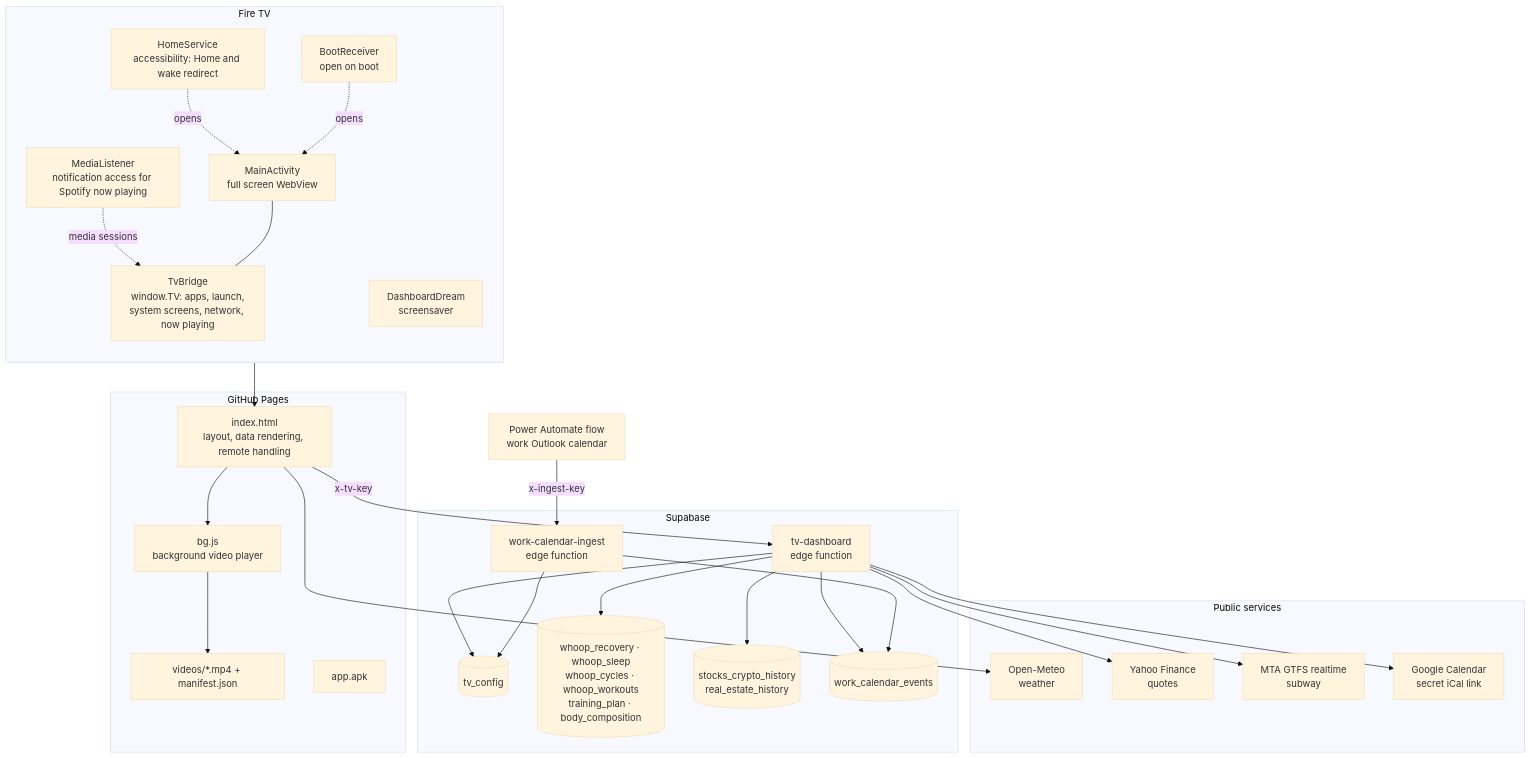
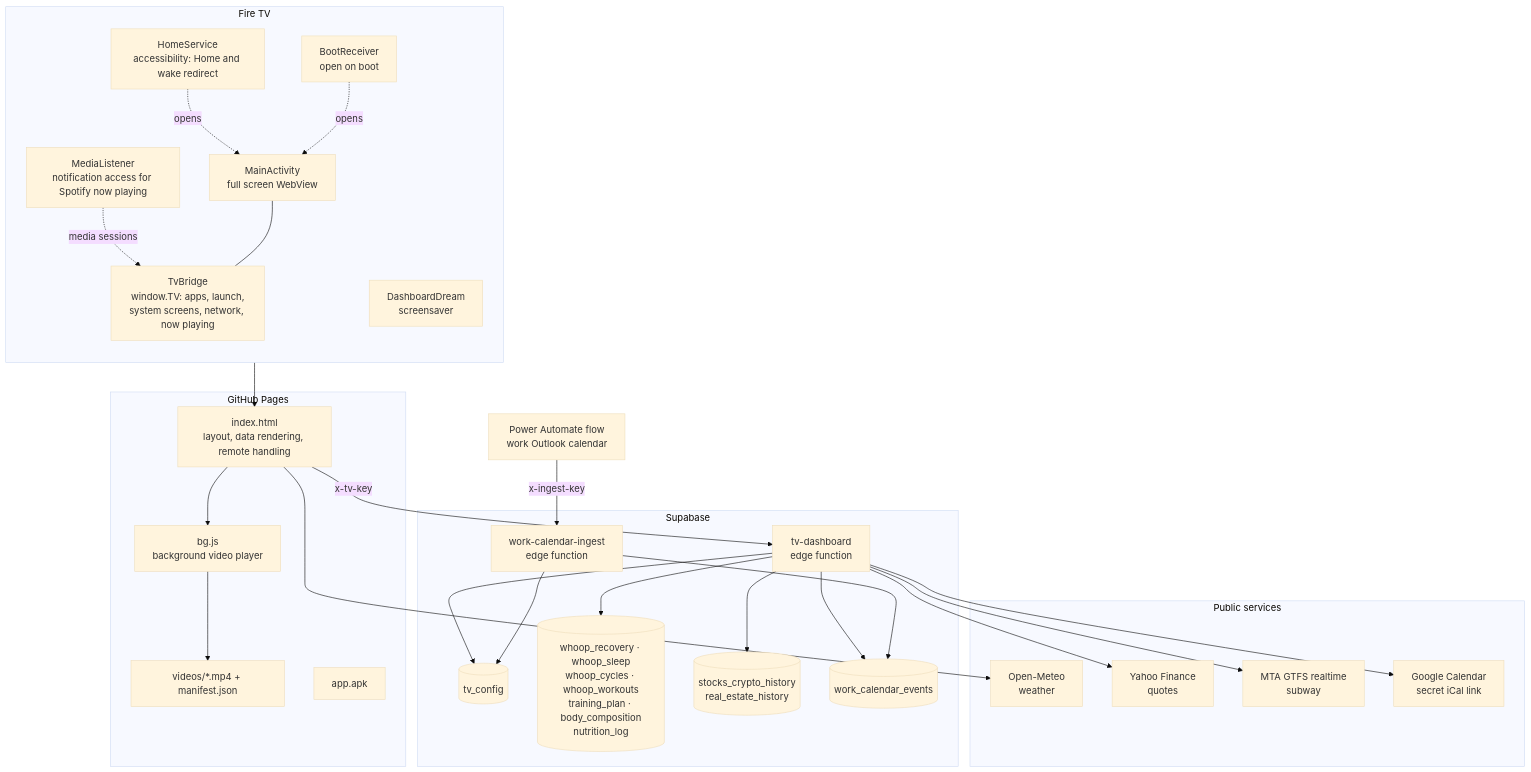
The first of 4 diagrams in docs/architecture.md (fernandomartinez-de/home-HQ), drawn with Mermaid (base theme) before and after one commit. The commit also changed 4 other files, not shown here.

````diff
--- a/docs/architecture.md
+++ b/docs/architecture.md
@@ -8,50 +8,50 @@
 ```mermaid
 flowchart TB
     subgraph TV["Fire TV"]
         direction TB
         MA["MainActivity<br/>full screen WebView"]
         BR["TvBridge<br/>window.TV: apps, launch,<br/>system screens, network, now playing"]
         HS["HomeService<br/>accessibility: Home and wake redirect"]
         ML["MediaListener<br/>notification access for Spotify now playing"]
         ML -. media sessions .-> BR
         DR["DashboardDream<br/>screensaver"]
         BT["BootReceiver<br/>open on boot"]
         MA --- BR
         HS -. opens .-> MA
         BT -. opens .-> MA
     end
 
     subgraph WEB["GitHub Pages"]
         IDX["index.html<br/>layout, data rendering, remote handling"]
         BG["bg.js<br/>background video player"]
         VID["videos/*.mp4 + manifest.json"]
         APK["app.apk"]
     end
 
     subgraph SUPA["Supabase"]
         TVF["tv-dashboard<br/>edge function"]
         INF["work-calendar-ingest<br/>edge function"]
         CFG[("tv_config")]
-        HEALTH[("whoop_recovery · whoop_sleep<br/>whoop_cycles · whoop_workouts<br/>training_plan · body_composition")]
+        HEALTH[("whoop_recovery · whoop_sleep<br/>whoop_cycles · whoop_workouts<br/>training_plan · body_composition<br/>nutrition_log")]
         FIN[("stocks_crypto_history<br/>real_estate_history")]
         WCAL[("work_calendar_events")]
     end
 
     subgraph OUT["Public services"]
         OM["Open-Meteo<br/>weather"]
         YF["Yahoo Finance<br/>quotes"]
         MTA["MTA GTFS realtime<br/>subway"]
         GCAL["Google Calendar<br/>secret iCal link"]
     end
 
     PAF["Power Automate flow<br/>work Outlook calendar"]
 
     MA --> IDX
     IDX --> BG --> VID
     IDX --> OM
     IDX -- "x-tv-key" --> TVF
     TVF --> CFG & HEALTH & FIN & WCAL
     TVF --> YF & MTA & GCAL
     PAF -- "x-ingest-key" --> INF --> WCAL
     INF --> CFG
 ```
````
